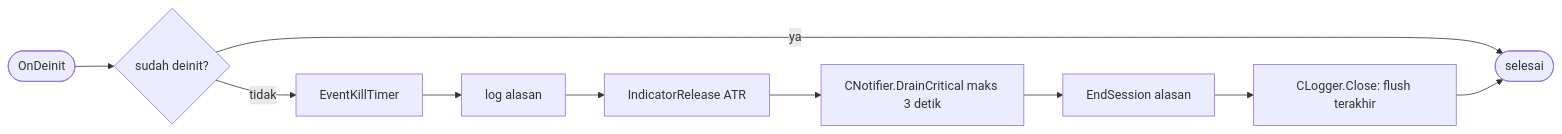
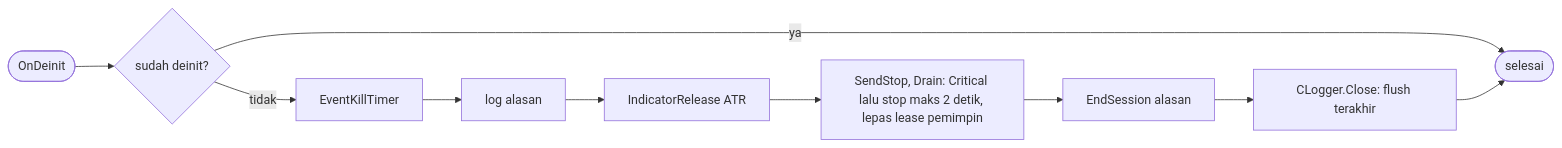
Before and after one commit to ndra969/trading-bot: the second of 2 diagrams in sdbot/docs/flows/init.md, drawn with Mermaid. The commit also changed other lines of this file and 64 other files, not shown here.

````diff
--- a/sdbot/docs/flows/init.md
+++ b/sdbot/docs/flows/init.md
@@ -31,6 +32,6 @@
 ```mermaid
 flowchart LR
     D([OnDeinit]) --> X{sudah deinit?}
     X -->|ya| Z([selesai])
-    X -->|tidak| K[EventKillTimer] --> L[log alasan] --> I[IndicatorRelease ATR] --> DR[CNotifier.DrainCritical maks 3 detik] --> ES[EndSession alasan] --> C[CLogger.Close: flush terakhir] --> Z
+    X -->|tidak| K[EventKillTimer] --> L[log alasan] --> I[IndicatorRelease ATR] --> DR[SendStop, Drain: Critical lalu stop maks 2 detik, lepas lease pemimpin] --> ES[EndSession alasan] --> C[CLogger.Close: flush terakhir] --> Z
 ```
````
